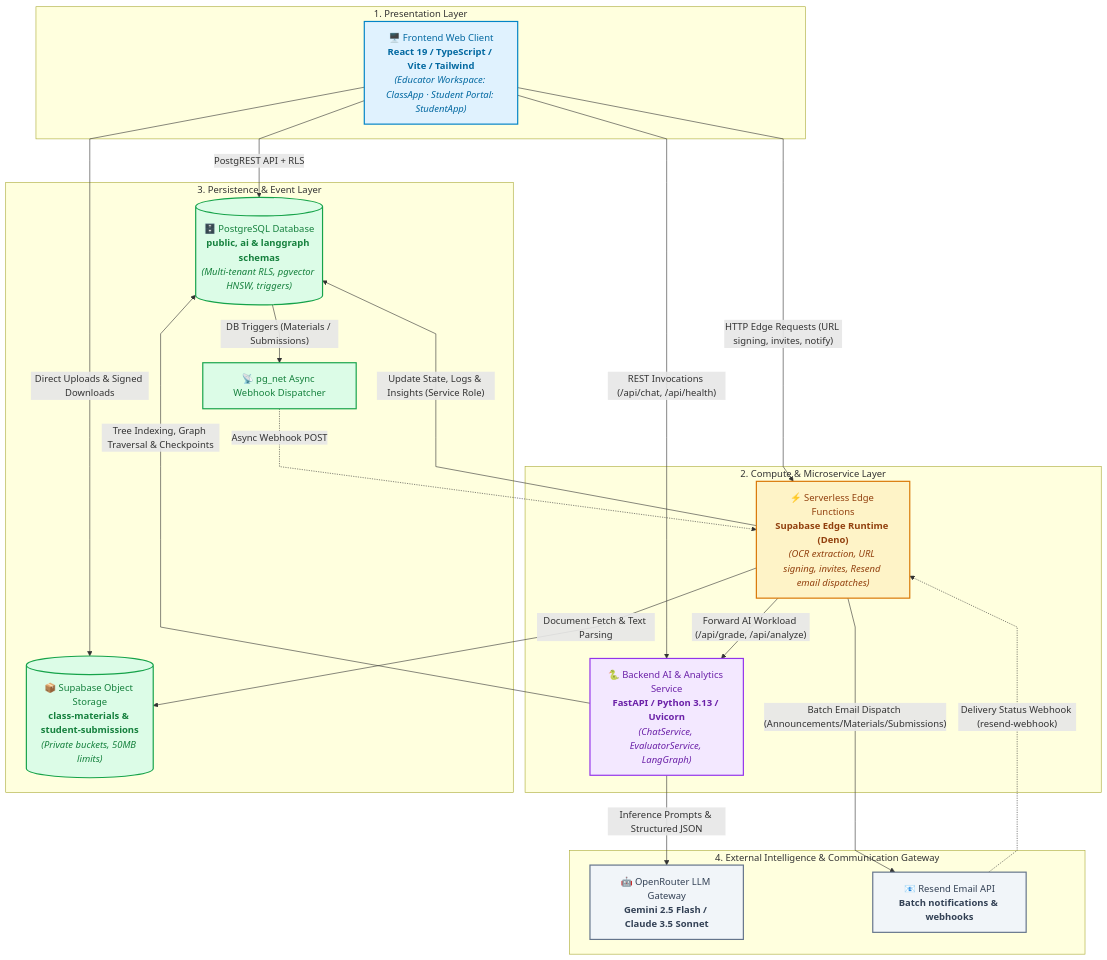
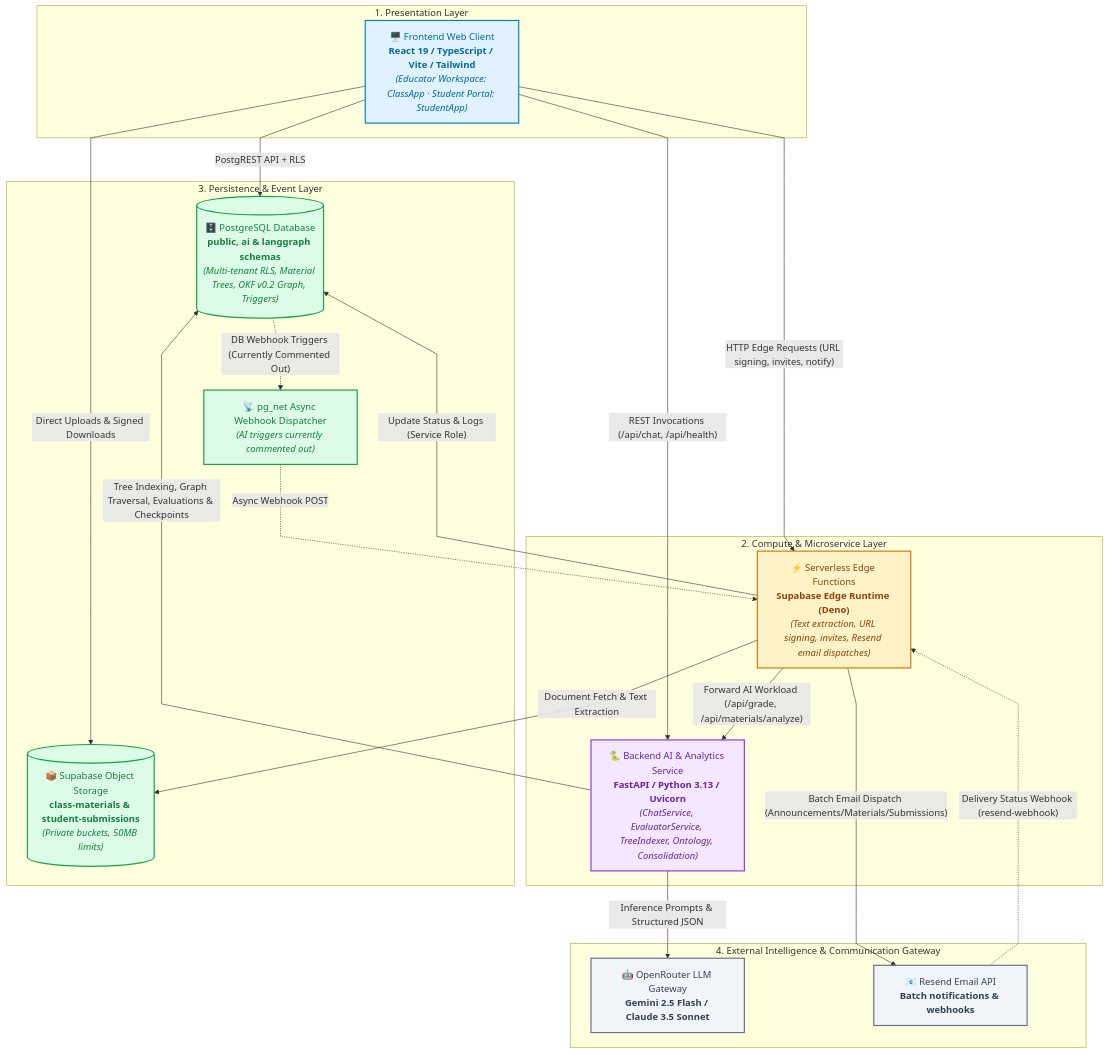
Before and after one commit to VictorBravo9er/Teacher-Assistant-Workspace: the first of 6 diagrams in docs/systems/README.md, drawn with Mermaid. The commit also changed other lines of this file and 43 other files, not shown here.

````diff
--- a/docs/systems/README.md
+++ b/docs/systems/README.md
@@ -11,49 +11,49 @@
 ```mermaid
 %%{init: {'flowchart': {'curve': 'linear'}}}%%
 flowchart TD
     %% Styling Classes
     classDef client fill:#e0f2fe,stroke:#0284c7,stroke-width:2px,color:#0369a1;
     classDef edge fill:#fef3c7,stroke:#d97706,stroke-width:2px,color:#92400e;
     classDef backend fill:#f3e8ff,stroke:#9333ea,stroke-width:2px,color:#6b21a8;
     classDef data fill:#dcfce7,stroke:#16a34a,stroke-width:2px,color:#15803d;
     classDef external fill:#f1f5f9,stroke:#64748b,stroke-width:2px,color:#334155;
 
     subgraph Tier1["1. Presentation Layer"]
         ClientApp["🖥️ Frontend Web Client<br/><b>React 19 / TypeScript / Vite / Tailwind</b><br/><i>(Educator Workspace: ClassApp · Student Portal: StudentApp)</i>"]:::client
     end
 
     subgraph Tier2["2. Compute & Microservice Layer"]
-        EdgeFunctions["⚡ Serverless Edge Functions<br/><b>Supabase Edge Runtime (Deno)</b><br/><i>(OCR extraction, URL signing, invites, Resend email dispatches)</i>"]:::edge
-        FastAPIService["🐍 Backend AI & Analytics Service<br/><b>FastAPI / Python 3.13 / Uvicorn</b><br/><i>(ChatService, EvaluatorService, LangGraph)</i>"]:::backend
+        EdgeFunctions["⚡ Serverless Edge Functions<br/><b>Supabase Edge Runtime (Deno)</b><br/><i>(Text extraction, URL signing, invites, Resend email dispatches)</i>"]:::edge
+        FastAPIService["🐍 Backend AI & Analytics Service<br/><b>FastAPI / Python 3.13 / Uvicorn</b><br/><i>(ChatService, EvaluatorService, TreeIndexer, Ontology, Consolidation)</i>"]:::backend
     end
 
     subgraph Tier3["3. Persistence & Event Layer"]
-        PostgresDB[("🗄️ PostgreSQL Database<br/><b>public, ai & langgraph schemas</b><br/><i>(Multi-tenant RLS, pgvector HNSW, triggers)</i>")]:::data
+        PostgresDB[("🗄️ PostgreSQL Database<br/><b>public, ai & langgraph schemas</b><br/><i>(Multi-tenant RLS, Material Trees, OKF v0.2 Graph, Triggers)</i>")]:::data
         StorageBuckets[("📦 Supabase Object Storage<br/><b>class-materials & student-submissions</b><br/><i>(Private buckets, 50MB limits)</i>")]:::data
-        PgNetQueue["📡 pg_net Async Webhook Dispatcher"]:::data
+        PgNetQueue["📡 pg_net Async Webhook Dispatcher<br/><i>(AI triggers currently commented out)</i>"]:::data
     end
 
     subgraph Tier4["4. External Intelligence & Communication Gateway"]
         OpenRouterLLM["🤖 OpenRouter LLM Gateway<br/><b>Gemini 2.5 Flash / Claude 3.5 Sonnet</b>"]:::external
         ResendAPI["📧 Resend Email API<br/><b>Batch notifications & webhooks</b>"]:::external
     end
 
     %% Client Traffic
     ClientApp -->|"PostgREST API + RLS"| PostgresDB
     ClientApp -->|"Direct Uploads & Signed Downloads"| StorageBuckets
     ClientApp -->|"REST Invocations (/api/chat, /api/health)"| FastAPIService
     ClientApp -->|"HTTP Edge Requests (URL signing, invites, notify)"| EdgeFunctions
 
     %% Asynchronous Event Pipeline
-    PostgresDB -->|"DB Triggers (Materials / Submissions)"| PgNetQueue
+    PostgresDB -.->|"DB Webhook Triggers (Currently Commented Out)"| PgNetQueue
     PgNetQueue -.->|"Async Webhook POST"| EdgeFunctions
-    EdgeFunctions -->|"Document Fetch & Text Parsing"| StorageBuckets
-    EdgeFunctions -->|"Forward AI Workload (/api/grade, /api/analyze)"| FastAPIService
-    EdgeFunctions -->|"Update State, Logs & Insights (Service Role)"| PostgresDB
+    EdgeFunctions -->|"Document Fetch & Text Extraction"| StorageBuckets
+    EdgeFunctions -->|"Forward AI Workload (/api/grade, /api/materials/analyze)"| FastAPIService
+    EdgeFunctions -->|"Update Status & Logs (Service Role)"| PostgresDB
     EdgeFunctions -->|"Batch Email Dispatch (Announcements/Materials/Submissions)"| ResendAPI
     ResendAPI -.->|"Delivery Status Webhook (resend-webhook)"| EdgeFunctions
 
     %% Backend & LLM Connections
-    FastAPIService -->|"Tree Indexing, Graph Traversal & Checkpoints"| PostgresDB
+    FastAPIService -->|"Tree Indexing, Graph Traversal, Evaluations & Checkpoints"| PostgresDB
     FastAPIService -->|"Inference Prompts & Structured JSON"| OpenRouterLLM
 ```
````
